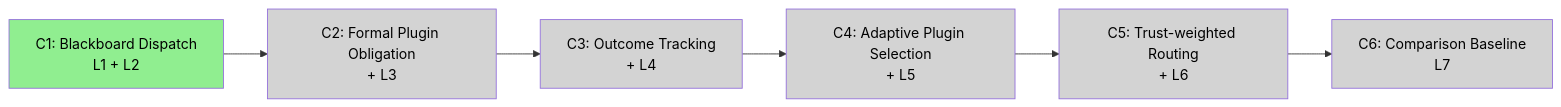
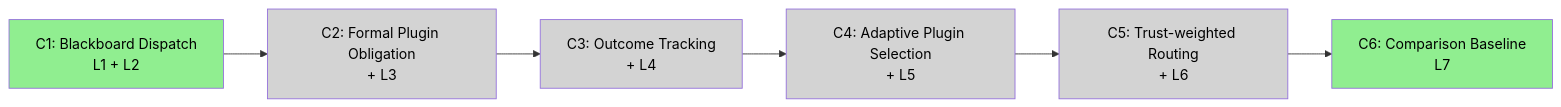
Before and after one commit to casehubio/quarkmind: the fourth of 4 diagrams in ARC42STORIES.MD, drawn with Mermaid. The commit also changed other lines of this file, not shown here.

````diff
--- a/ARC42STORIES.MD
+++ b/ARC42STORIES.MD
@@ -348,18 +348,18 @@
 ```mermaid
 flowchart LR
   C1["C1: Blackboard Dispatch\nL1 + L2"]
   C2["C2: Formal Plugin Obligation\n+ L3"]
   C3["C3: Outcome Tracking\n+ L4"]
   C4["C4: Adaptive Plugin Selection\n+ L5"]
   C5["C5: Trust-weighted Routing\n+ L6"]
   C6["C6: Comparison Baseline\nL7"]
 
   C1 --> C2 --> C3 --> C4 --> C5 --> C6
 
   style C1 fill:#90EE90,color:#000
   style C2 fill:#D3D3D3,color:#000
   style C3 fill:#D3D3D3,color:#000
   style C4 fill:#D3D3D3,color:#000
   style C5 fill:#D3D3D3,color:#000
-  style C6 fill:#D3D3D3,color:#000
+  style C6 fill:#90EE90,color:#000
 ```
````
